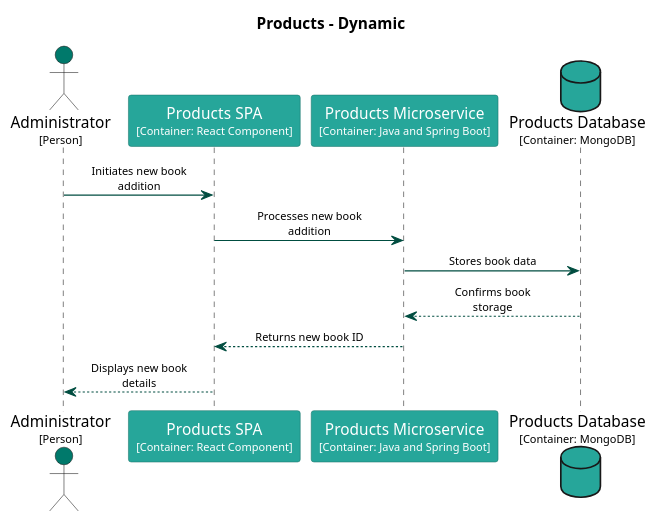
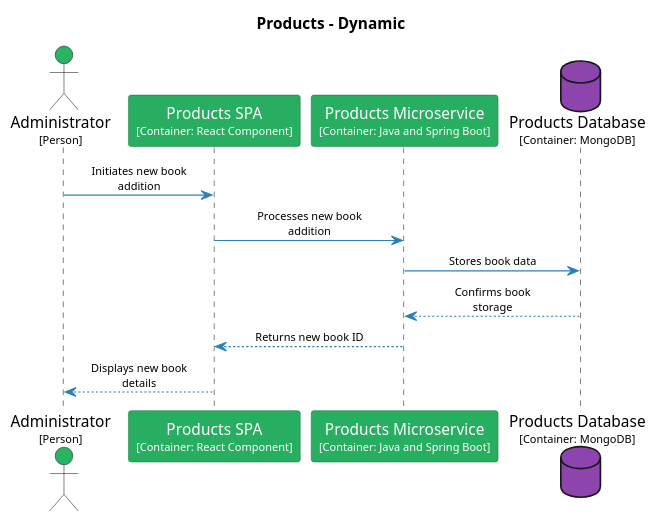
The diagram in main/puml/add-book-to-library.puml (Goodmorning918/E-Library-Architecture), drawn with PlantUML before and after one commit. The commit also changed 169 other files, not shown here.

Commit message:
Deploying to gh-pages from @ Goodmorning918/E-Library-Architecture@5575a2e2585bacf25a31136d9ee4edd99183c80b 🚀

```diff
--- a/main/puml/add-book-to-library.puml
+++ b/main/puml/add-book-to-library.puml
@@ -1,49 +1,49 @@
 @startuml
 set separator none
 title Products - Dynamic
 
 skinparam {
   arrowFontSize 10
   defaultTextAlignment center
   wrapWidth 200
   maxMessageSize 100
 }
 
 hide stereotype
 
 skinparam sequenceParticipant<<Administrator>> {
-  BackgroundColor #00796b
+  BackgroundColor #28b463
   FontColor #ffffff
-  BorderColor #00544a
+  BorderColor #1c7d45
   shadowing false
 }
 skinparam sequenceParticipant<<Products.ProductsDatabase>> {
-  BackgroundColor #26a69a
+  BackgroundColor #8e44ad
   FontColor #ffffff
-  BorderColor #1a746b
+  BorderColor #632f79
   shadowing false
 }
 skinparam sequenceParticipant<<Products.ProductsMicroservice>> {
-  BackgroundColor #26a69a
+  BackgroundColor #27ae60
   FontColor #ffffff
-  BorderColor #1a746b
+  BorderColor #1b7943
   shadowing false
 }
 skinparam sequenceParticipant<<Products.ProductsSPA>> {
-  BackgroundColor #26a69a
+  BackgroundColor #27ae60
   FontColor #ffffff
-  BorderColor #1a746b
+  BorderColor #1b7943
   shadowing false
 }
 
-actor "Administrator\n<size:10>[Person]</size>" as Administrator <<Administrator>> #00796b
-participant "Products SPA\n<size:10>[Container: React Component]</size>" as Products.ProductsSPA <<Products.ProductsSPA>> #26a69a
-participant "Products Microservice\n<size:10>[Container: Java and Spring Boot]</size>" as Products.ProductsMicroservice <<Products.ProductsMicroservice>> #26a69a
-database "Products Database\n<size:10>[Container: MongoDB]</size>" as Products.ProductsDatabase <<Products.ProductsDatabase>> #26a69a
-Administrator -[#004d40]> Products.ProductsSPA : Initiates new book addition
-Products.ProductsSPA -[#004d40]> Products.ProductsMicroservice : Processes new book addition
-Products.ProductsMicroservice -[#004d40]> Products.ProductsDatabase : Stores book data
-Products.ProductsMicroservice <-[#004d40]- Products.ProductsDatabase : Confirms book storage
-Products.ProductsSPA <-[#004d40]- Products.ProductsMicroservice : Returns new book ID
-Administrator <-[#004d40]- Products.ProductsSPA : Displays new book details
+actor "Administrator\n<size:10>[Person]</size>" as Administrator <<Administrator>> #28b463
+participant "Products SPA\n<size:10>[Container: React Component]</size>" as Products.ProductsSPA <<Products.ProductsSPA>> #27ae60
+participant "Products Microservice\n<size:10>[Container: Java and Spring Boot]</size>" as Products.ProductsMicroservice <<Products.ProductsMicroservice>> #27ae60
+database "Products Database\n<size:10>[Container: MongoDB]</size>" as Products.ProductsDatabase <<Products.ProductsDatabase>> #8e44ad
+Administrator -[#2980b9]> Products.ProductsSPA : Initiates new book addition
+Products.ProductsSPA -[#2980b9]> Products.ProductsMicroservice : Processes new book addition
+Products.ProductsMicroservice -[#2980b9]> Products.ProductsDatabase : Stores book data
+Products.ProductsMicroservice <-[#2980b9]- Products.ProductsDatabase : Confirms book storage
+Products.ProductsSPA <-[#2980b9]- Products.ProductsMicroservice : Returns new book ID
+Administrator <-[#2980b9]- Products.ProductsSPA : Displays new book details
 @enduml
```
